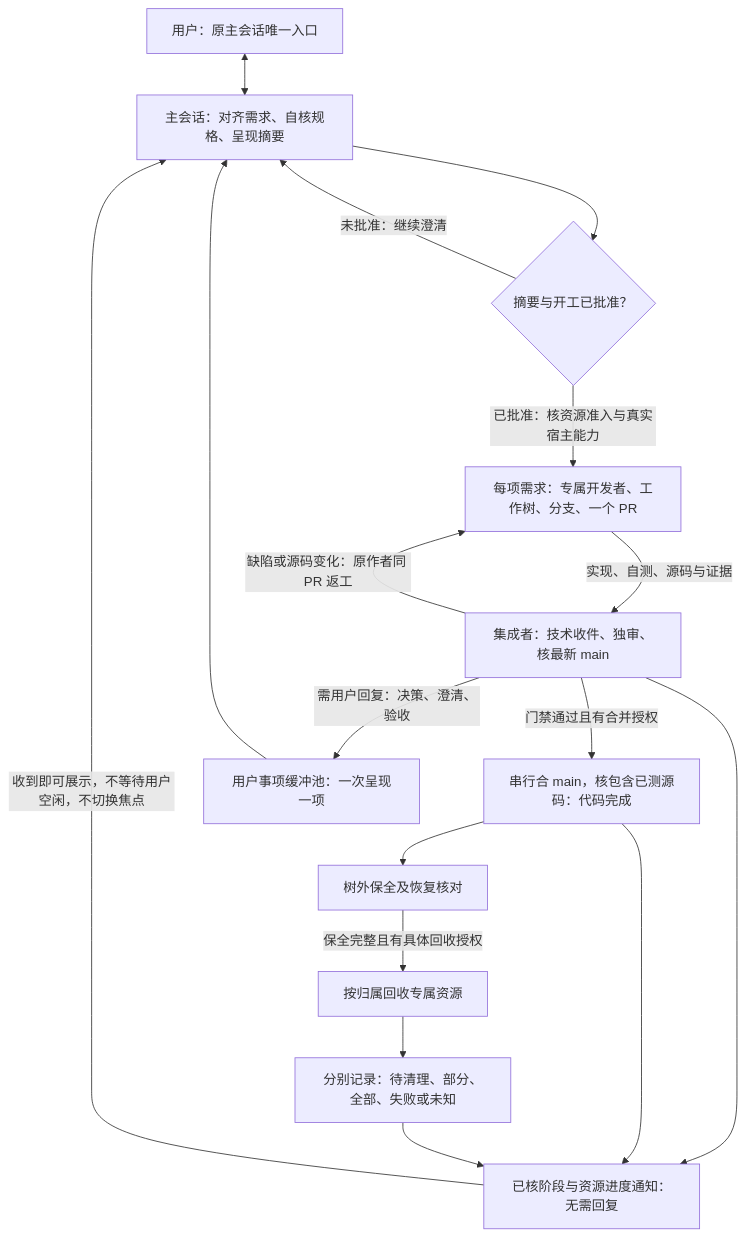
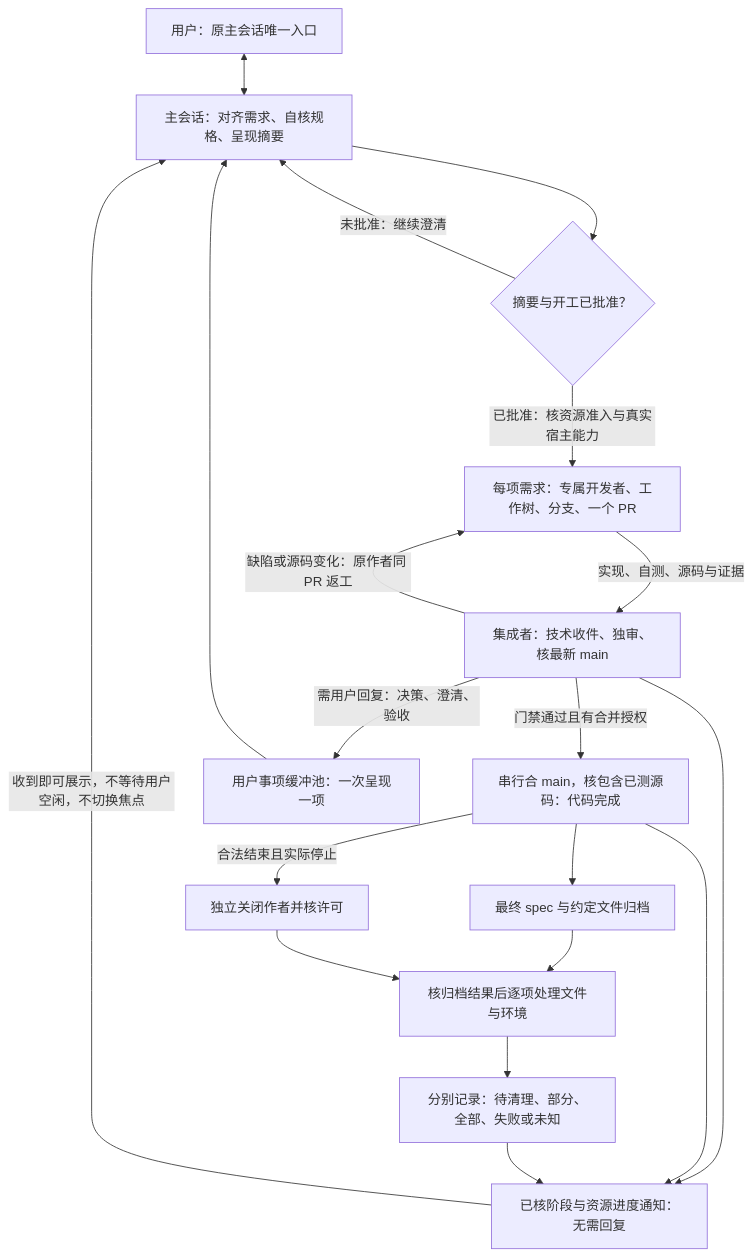
One commit to suuny-ab/codex-parallel-coordination changed the diagram in docs/workflow.md. Above: the diagram before and after it, drawn with Mermaid. The commit also changed other lines of this file and 31 other files, not shown here.

````diff
--- a/docs/workflow.md
+++ b/docs/workflow.md
@@ -9,19 +9,21 @@
 ```mermaid
 flowchart TD
     U[用户：原主会话唯一入口] <--> M[主会话：对齐需求、自核规格、呈现摘要]
     M --> A{摘要与开工已批准？}
     A -->|未批准：继续澄清| M
     A -->|已批准：核资源准入与真实宿主能力| D[每项需求：专属开发者、工作树、分支、一个 PR]
     D -->|实现、自测、源码与证据| I[集成者：技术收件、独审、核最新 main]
     I -->|缺陷或源码变化：原作者同 PR 返工| D
     I -->|门禁通过且有合并授权| C[串行合 main，核包含已测源码：代码完成]
-    C --> P[树外保全及恢复核对]
-    P -->|保全完整且有具体回收授权| R[按归属回收专属资源]
-    R --> S[分别记录：待清理、部分、全部、失败或未知]
+    C --> P[最终 spec 与约定文件归档]
+    C -->|合法结束且实际停止| R[独立关闭作者并核许可]
+    P --> F[核归档结果后逐项处理文件与环境]
+    R --> F
+    F --> S[分别记录：待清理、部分、全部、失败或未知]
     I -->|需用户回复：决策、澄清、验收| H[用户事项缓冲池：一次呈现一项]
     H --> M
     I --> N[已核阶段与资源进度通知：无需回复]
     C --> N
     S --> N
     N -->|收到即可展示，不等待用户空闲，不切换焦点| M
 ```
````
